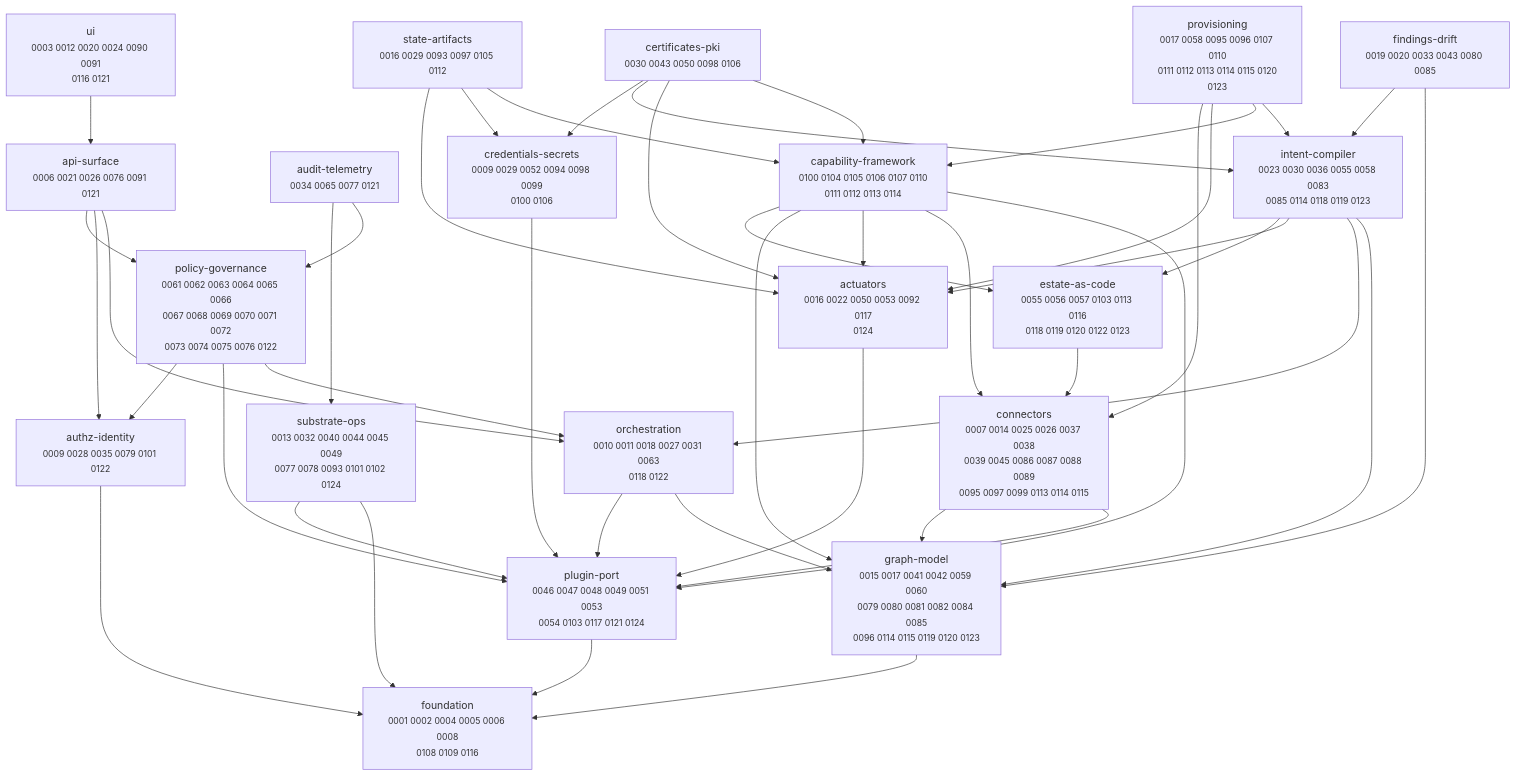
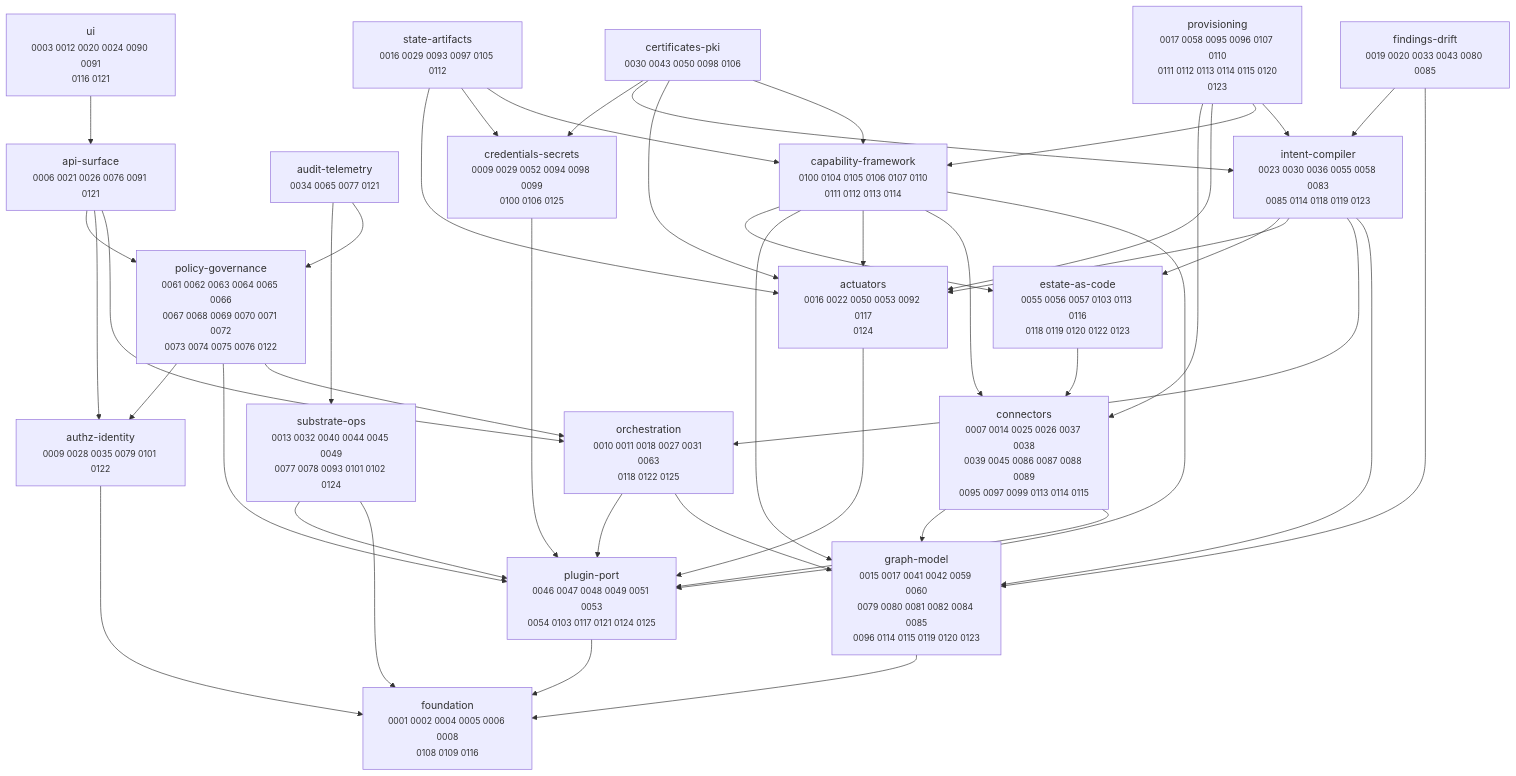
The diagram in docs/adr/MAP.md (dstout-devops/stratt), drawn with Mermaid before and after one commit. The commit also changed other lines of this file and 20 other files, not shown here.

````diff
--- a/docs/adr/MAP.md
+++ b/docs/adr/MAP.md
@@ -11,67 +11,67 @@
 ```mermaid
 graph TD
   actuators["actuators<br/><small>0016 0022 0050 0053 0092 0117<br/>0124</small>"]
   api_surface["api-surface<br/><small>0006 0021 0026 0076 0091 0121</small>"]
   audit_telemetry["audit-telemetry<br/><small>0034 0065 0077 0121</small>"]
   authz_identity["authz-identity<br/><small>0009 0028 0035 0079 0101 0122</small>"]
   capability_framework["capability-framework<br/><small>0100 0104 0105 0106 0107 0110<br/>0111 0112 0113 0114</small>"]
   certificates_pki["certificates-pki<br/><small>0030 0043 0050 0098 0106</small>"]
   connectors["connectors<br/><small>0007 0014 0025 0026 0037 0038<br/>0039 0045 0086 0087 0088 0089<br/>0095 0097 0099 0113 0114 0115</small>"]
-  credentials_secrets["credentials-secrets<br/><small>0009 0029 0052 0094 0098 0099<br/>0100 0106</small>"]
+  credentials_secrets["credentials-secrets<br/><small>0009 0029 0052 0094 0098 0099<br/>0100 0106 0125</small>"]
   estate_as_code["estate-as-code<br/><small>0055 0056 0057 0103 0113 0116<br/>0118 0119 0120 0122 0123</small>"]
   findings_drift["findings-drift<br/><small>0019 0020 0033 0043 0080 0085</small>"]
   foundation["foundation<br/><small>0001 0002 0004 0005 0006 0008<br/>0108 0109 0116</small>"]
   graph_model["graph-model<br/><small>0015 0017 0041 0042 0059 0060<br/>0079 0080 0081 0082 0084 0085<br/>0096 0114 0115 0119 0120 0123</small>"]
   intent_compiler["intent-compiler<br/><small>0023 0030 0036 0055 0058 0083<br/>0085 0114 0118 0119 0123</small>"]
-  orchestration["orchestration<br/><small>0010 0011 0018 0027 0031 0063<br/>0118 0122</small>"]
-  plugin_port["plugin-port<br/><small>0046 0047 0048 0049 0051 0053<br/>0054 0103 0117 0121 0124</small>"]
+  orchestration["orchestration<br/><small>0010 0011 0018 0027 0031 0063<br/>0118 0122 0125</small>"]
+  plugin_port["plugin-port<br/><small>0046 0047 0048 0049 0051 0053<br/>0054 0103 0117 0121 0124 0125</small>"]
   policy_governance["policy-governance<br/><small>0061 0062 0063 0064 0065 0066<br/>0067 0068 0069 0070 0071 0072<br/>0073 0074 0075 0076 0122</small>"]
   provisioning["provisioning<br/><small>0017 0058 0095 0096 0107 0110<br/>0111 0112 0113 0114 0115 0120<br/>0123</small>"]
   state_artifacts["state-artifacts<br/><small>0016 0029 0093 0097 0105 0112</small>"]
   substrate_ops["substrate-ops<br/><small>0013 0032 0040 0044 0045 0049<br/>0077 0078 0093 0101 0102 0124</small>"]
   ui["ui<br/><small>0003 0012 0020 0024 0090 0091<br/>0116 0121</small>"]
 
   actuators --> plugin_port
   api_surface --> orchestration
   api_surface --> authz_identity
   api_surface --> policy_governance
   audit_telemetry --> policy_governance
   audit_telemetry --> substrate_ops
   authz_identity --> foundation
   capability_framework --> plugin_port
   capability_framework --> connectors
   capability_framework --> actuators
   capability_framework --> graph_model
   capability_framework --> estate_as_code
   certificates_pki --> capability_framework
   certificates_pki --> actuators
   certificates_pki --> intent_compiler
   certificates_pki --> credentials_secrets
   connectors --> plugin_port
   connectors --> graph_model
   credentials_secrets --> plugin_port
   estate_as_code --> connectors
   findings_drift --> graph_model
   findings_drift --> intent_compiler
   graph_model --> foundation
   intent_compiler --> graph_model
   intent_compiler --> orchestration
   intent_compiler --> actuators
   intent_compiler --> estate_as_code
   orchestration --> graph_model
   orchestration --> plugin_port
   plugin_port --> foundation
   policy_governance --> orchestration
   policy_governance --> plugin_port
   policy_governance --> authz_identity
   provisioning --> intent_compiler
   provisioning --> capability_framework
   provisioning --> actuators
   provisioning --> connectors
   state_artifacts --> capability_framework
   state_artifacts --> credentials_secrets
   state_artifacts --> actuators
   substrate_ops --> foundation
   substrate_ops --> plugin_port
   ui --> api_surface
 ```
````
